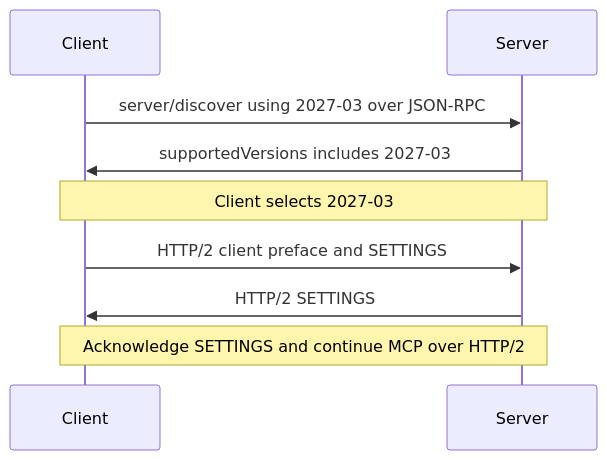
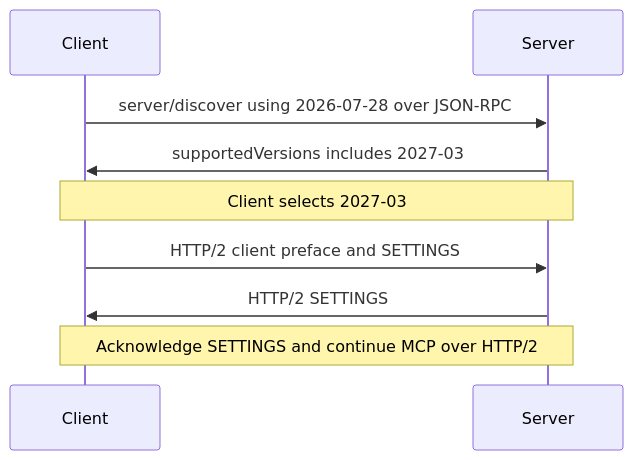
One commit to modelcontextprotocol/transports-wg changed the first of 2 diagrams in proposals/http-over-stdio/negotiation-proposal.md. Above: the diagram before and after it, drawn with Mermaid. The commit also changed other lines of this file, not shown here.

````diff
--- a/proposals/http-over-stdio/negotiation-proposal.md
+++ b/proposals/http-over-stdio/negotiation-proposal.md
@@ -36,11 +37,11 @@
 ```mermaid
 sequenceDiagram
     participant C as Client
     participant S as Server
-    C->>S: server/discover using 2027-03 over JSON-RPC
+    C->>S: server/discover using 2026-07-28 over JSON-RPC
     S->>C: supportedVersions includes 2027-03
     Note over C,S: Client selects 2027-03
     C->>S: HTTP/2 client preface and SETTINGS
     S->>C: HTTP/2 SETTINGS
     Note over C,S: Acknowledge SETTINGS and continue MCP over HTTP/2
 ```
````
